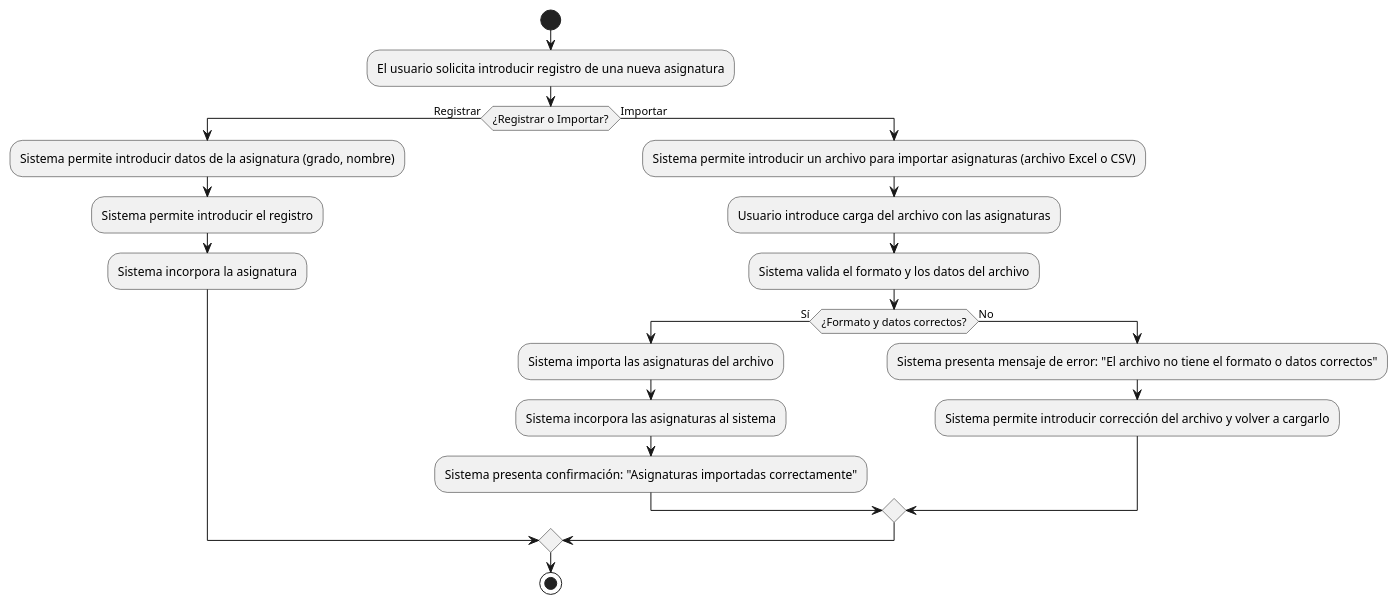
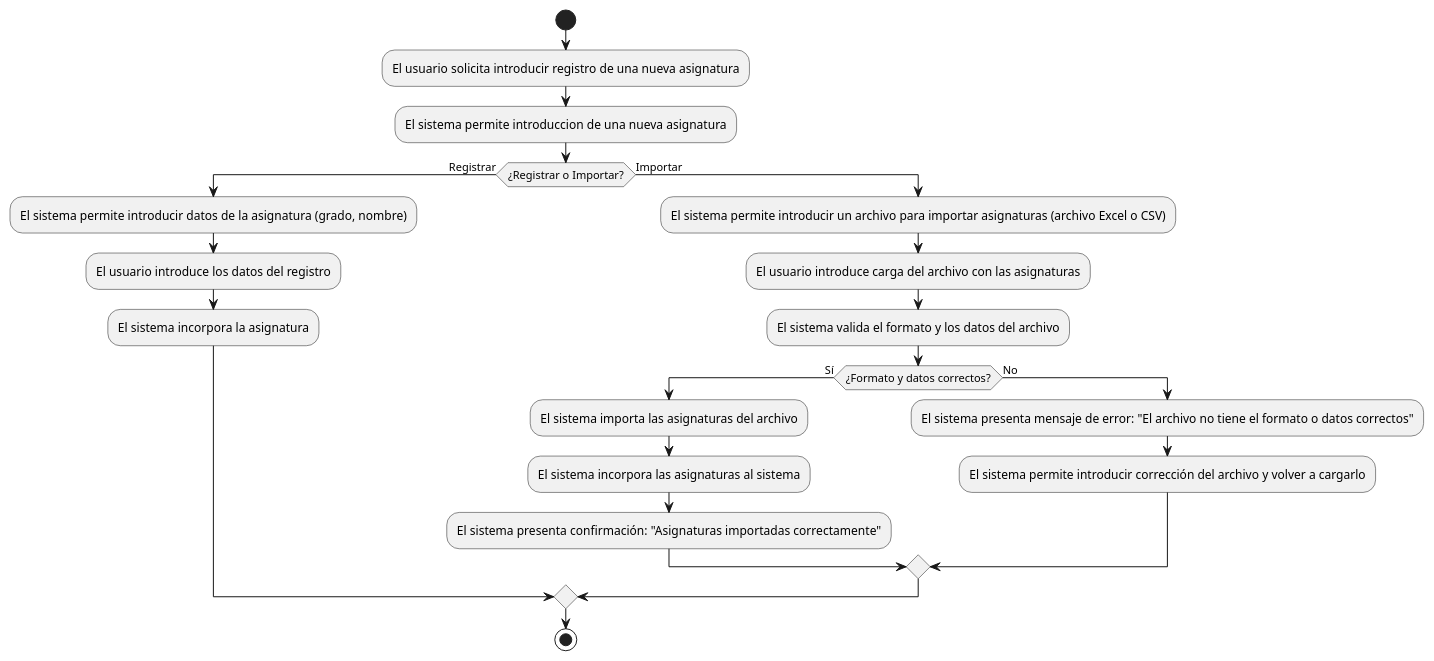
Before and after one commit to mmasias/24-25-IdSw1-SDR: the diagram in casosDeUso/plantUML/RegistrarAsignatura.puml, drawn with PlantUML. The commit also changed 27 other files, not shown here.

Commit message:
Cambios a casos de uso y diagramas, cambios a Prototipos

```diff
--- a/casosDeUso/plantUML/RegistrarAsignatura.puml
+++ b/casosDeUso/plantUML/RegistrarAsignatura.puml
@@ -1,22 +1,23 @@
 @startuml
 start
 :El usuario solicita introducir registro de una nueva asignatura;
+:El sistema permite introduccion de una nueva asignatura;
 if (¿Registrar o Importar?) then (Registrar)
-  :Sistema permite introducir datos de la asignatura (grado, nombre);
-  :Sistema permite introducir el registro;
-  :Sistema incorpora la asignatura;
+  :El sistema permite introducir datos de la asignatura (grado, nombre);
+  :El usuario introduce los datos del registro;
+  :El sistema incorpora la asignatura;
 else (Importar)
-  :Sistema permite introducir un archivo para importar asignaturas (archivo Excel o CSV);
-  :Usuario introduce carga del archivo con las asignaturas;
-  :Sistema valida el formato y los datos del archivo;
+  :El sistema permite introducir un archivo para importar asignaturas (archivo Excel o CSV);
+  :El usuario introduce carga del archivo con las asignaturas;
+  :El sistema valida el formato y los datos del archivo;
   if (¿Formato y datos correctos?) then (Sí)
-    :Sistema importa las asignaturas del archivo;
-    :Sistema incorpora las asignaturas al sistema;
-    :Sistema presenta confirmación: "Asignaturas importadas correctamente";
+    :El sistema importa las asignaturas del archivo;
+    :El sistema incorpora las asignaturas al sistema;
+    :El sistema presenta confirmación: "Asignaturas importadas correctamente";
   else (No)
-    :Sistema presenta mensaje de error: "El archivo no tiene el formato o datos correctos";
-    :Sistema permite introducir corrección del archivo y volver a cargarlo;
+    :El sistema presenta mensaje de error: "El archivo no tiene el formato o datos correctos";
+    :El sistema permite introducir corrección del archivo y volver a cargarlo;
   endif
 endif
 stop
 @enduml
```
